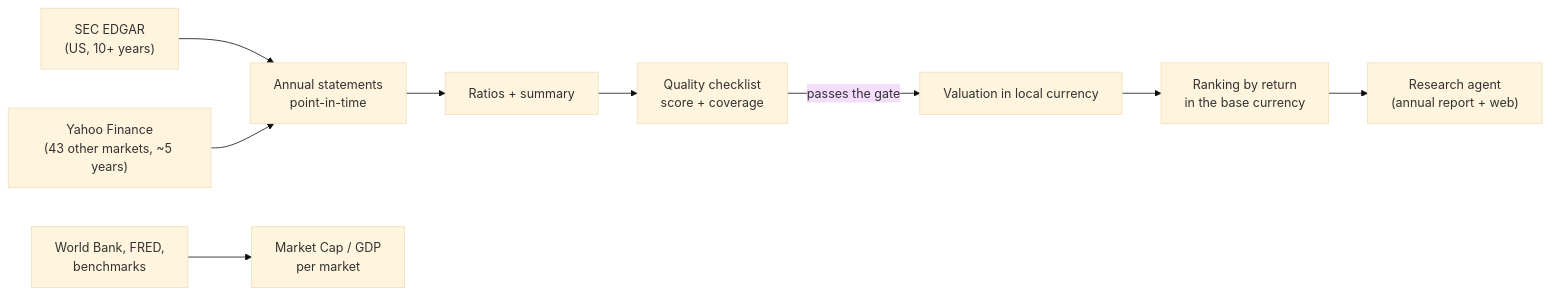
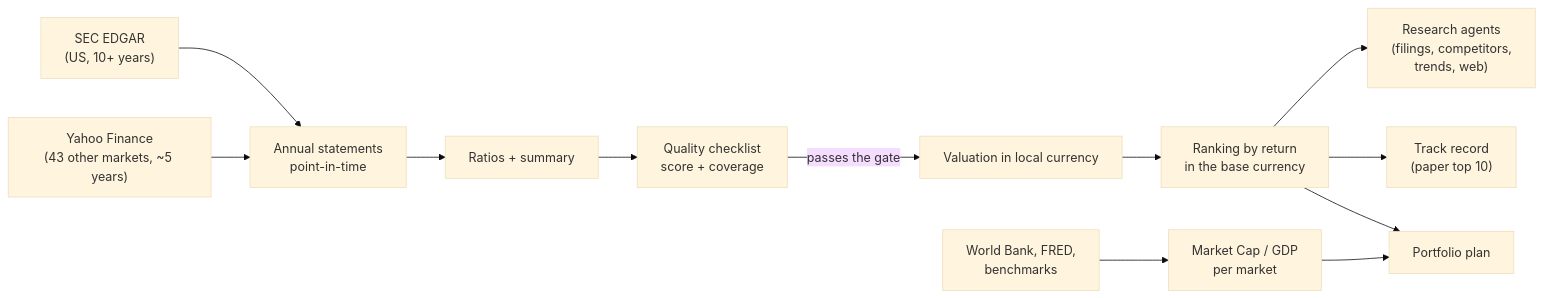
One commit to Jkovv/value_investor changed the diagram in docs/01-overview.md. Above: the diagram before and after it, drawn with Mermaid (base theme). The commit also changed other lines of this file and 59 other files, not shown here.

Commit message:
quarters, peers, insiders, portfolio, track record and questions

````diff
--- a/docs/01-overview.md
+++ b/docs/01-overview.md
@@ -12,11 +12,14 @@
 ```mermaid
 flowchart LR
     A["SEC EDGAR<br/>(US, 10+ years)"] --> C["Annual statements<br/>point-in-time"]
     B["Yahoo Finance<br/>(43 other markets, ~5 years)"] --> C
     C --> D["Ratios + summary"]
     D --> E["Quality checklist<br/>score + coverage"]
     E -->|passes the gate| F["Valuation in local currency"]
     F --> G["Ranking by return<br/>in the base currency"]
-    G --> H["Research agent<br/>(annual report + web)"]
+    G --> H["Research agents<br/>(filings, competitors,<br/>trends, web)"]
+    G --> K["Track record<br/>(paper top 10)"]
+    G --> L["Portfolio plan"]
     I["World Bank, FRED,<br/>benchmarks"] --> J["Market Cap / GDP<br/>per market"]
+    J --> L
 ```
````
